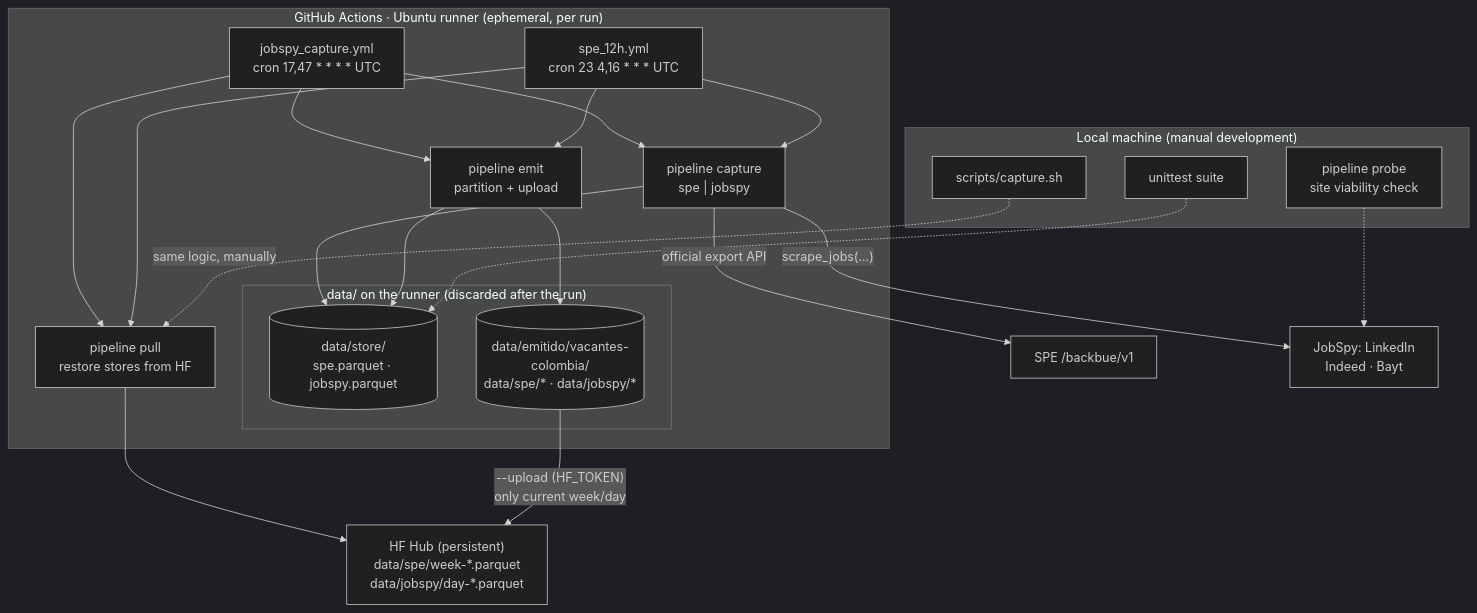
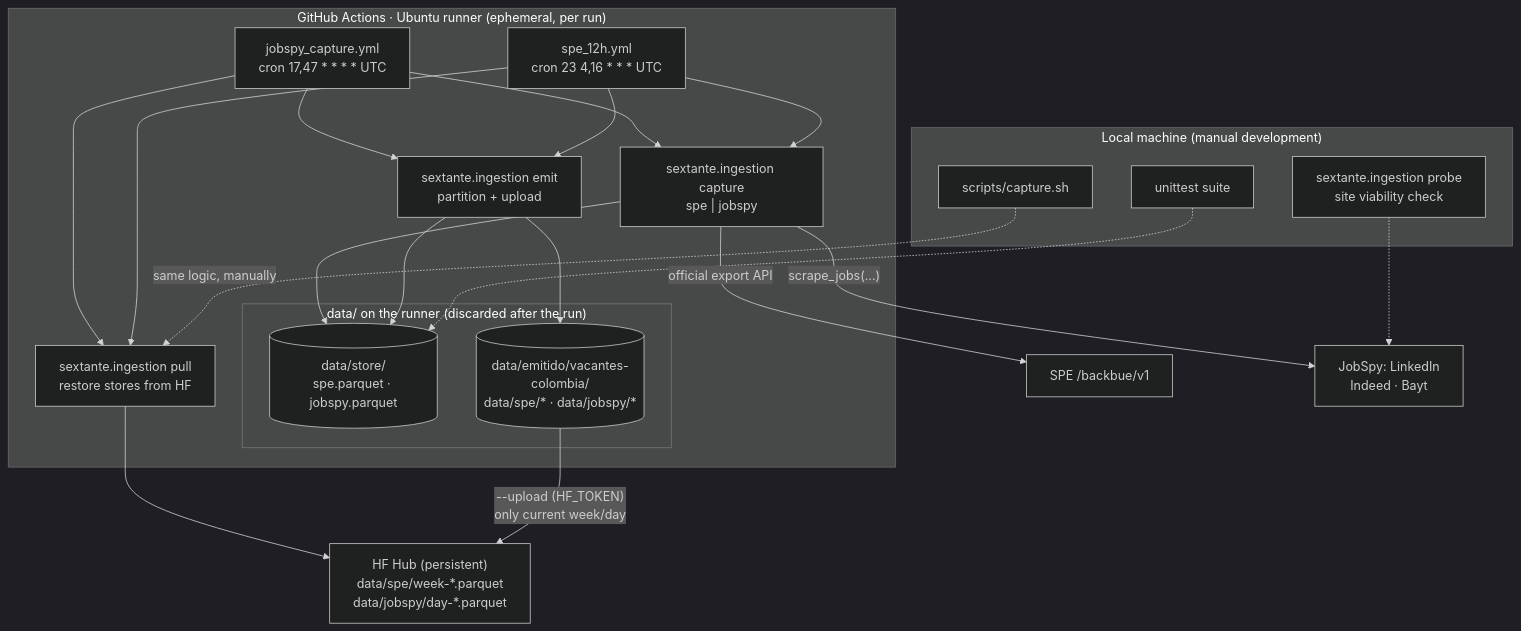
One commit to shalom-A26/SEXTANTE changed the second of 8 diagrams in docs/architecture.md. Above: the diagram before and after it, drawn with Mermaid (dark theme). The commit also changed other lines of this file and 13 other files, not shown here.

````diff
--- a/docs/architecture.md
+++ b/docs/architecture.md
@@ -105,42 +124,42 @@
 ```mermaid
 flowchart TB
     subgraph RUNNER["GitHub Actions · Ubuntu runner (ephemeral, per run)"]
         wf_h["jobspy_capture.yml<br/>cron 17,47 * * * * UTC"]
         wf_s["spe_12h.yml<br/>cron 23 4,16 * * * UTC"]
-        pull["pipeline pull<br/>restore stores from HF"]
-        cap["pipeline capture<br/>spe | jobspy"]
-        emit["pipeline emit<br/>partition + upload"]
+        pull["sextante.ingestion pull<br/>restore stores from HF"]
+        cap["sextante.ingestion capture<br/>spe | jobspy"]
+        emit["sextante.ingestion emit<br/>partition + upload"]
 
         subgraph EPHEMERAL["data/ on the runner (discarded after the run)"]
             store_local[("data/store/<br/>spe.parquet · jobspy.parquet")]
             emit_local[("data/emitido/vacantes-colombia/<br/>data/spe/* · data/jobspy/*")]
         end
     end
 
     subgraph LOCAL["Local machine (manual development)"]
         sh["scripts/capture.sh"]
-        probe["pipeline probe<br/>site viability check"]
+        probe["sextante.ingestion probe<br/>site viability check"]
         tests["unittest suite"]
     end
 
     spe_api["SPE /backbue/v1"]
     boards["JobSpy: LinkedIn<br/>Indeed · Bayt"]
     hub["HF Hub (persistent)<br/>data/spe/week-*.parquet<br/>data/jobspy/day-*.parquet"]
 
     wf_h --> pull
     wf_s --> pull
     pull --> hub
     wf_h --> cap
     wf_s --> cap
     cap -->|"official export API"| spe_api
     cap -->|"scrape_jobs(...)"| boards
     cap --> store_local
     wf_h --> emit
     wf_s --> emit
     emit --> store_local
     emit --> emit_local
     emit_local -->|"--upload (HF_TOKEN)<br/>only current week/day"| hub
     sh -.->|same logic, manually| pull
     probe -.-> boards
     tests -.-> store_local
 ```
````
